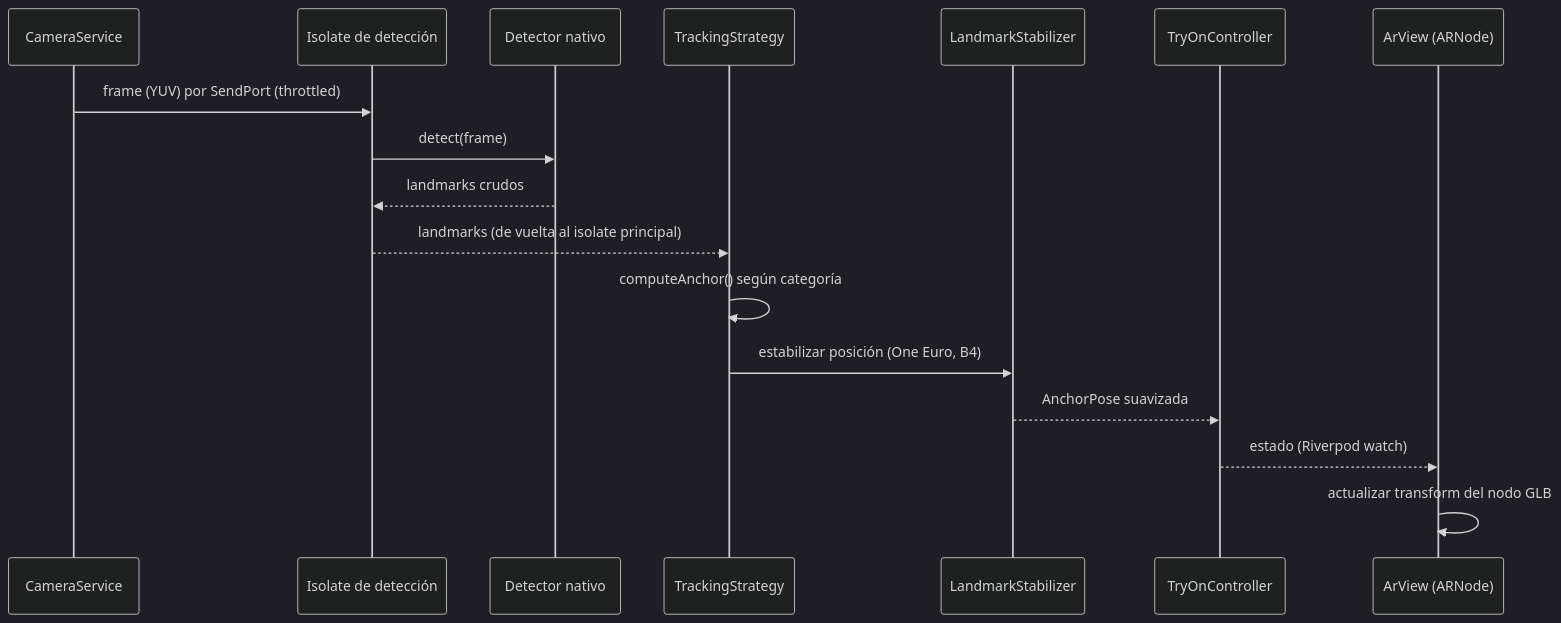
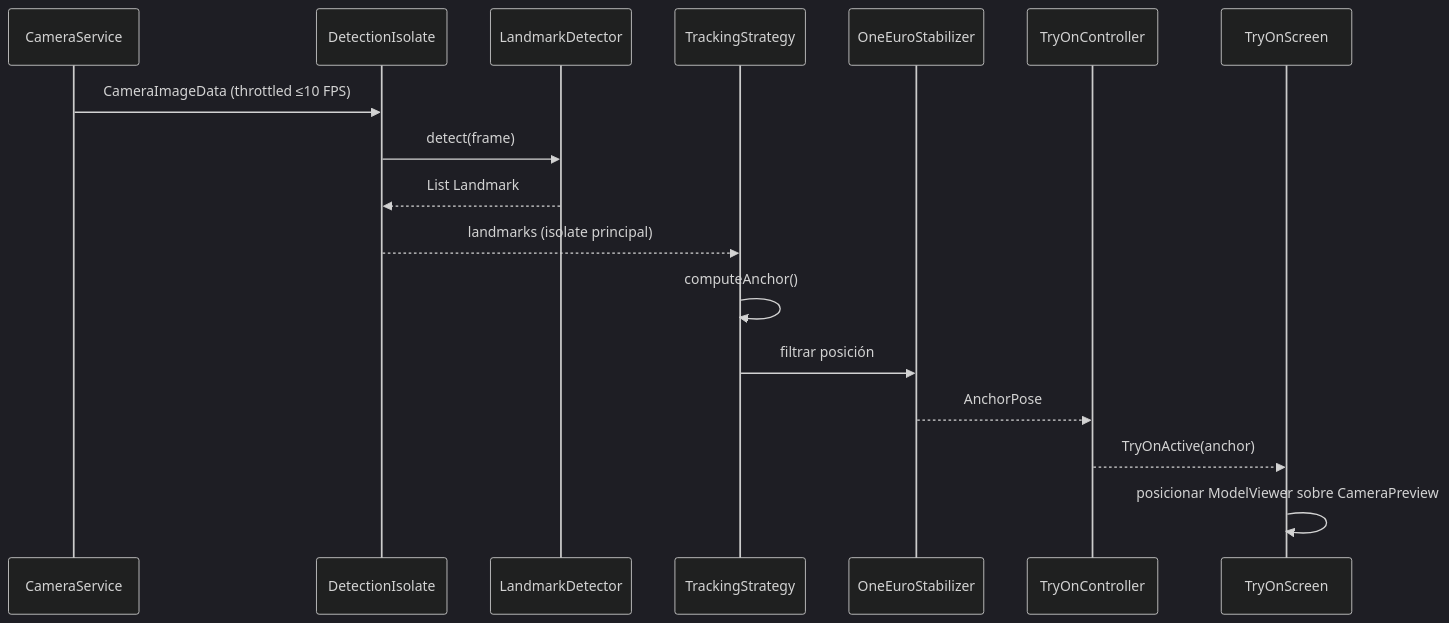
The second of 3 diagrams in docs/ARQUITECTURA.md (andreMD287/ProyectoGrado-Joyeria-AR), drawn with Mermaid (dark theme) before and after one commit. The commit also changed other lines of this file and 2 other files, not shown here.

````diff
--- a/docs/ARQUITECTURA.md
+++ b/docs/ARQUITECTURA.md
@@ -194,20 +179,20 @@
 ```mermaid
 sequenceDiagram
     participant Cam as CameraService
-    participant Iso as Isolate de detección
-    participant Det as Detector nativo
+    participant Iso as DetectionIsolate
+    participant Det as LandmarkDetector
     participant Str as TrackingStrategy
-    participant Fil as LandmarkStabilizer
+    participant Fil as OneEuroStabilizer
     participant Ctrl as TryOnController
-    participant AR as ArView (ARNode)
+    participant UI as TryOnScreen
 
-    Cam->>Iso: frame (YUV) por SendPort (throttled)
+    Cam->>Iso: CameraImageData (throttled ≤10 FPS)
     Iso->>Det: detect(frame)
-    Det-->>Iso: landmarks crudos
-    Iso-->>Str: landmarks (de vuelta al isolate principal)
-    Str->>Str: computeAnchor() según categoría
-    Str->>Fil: estabilizar posición (One Euro, B4)
-    Fil-->>Ctrl: AnchorPose suavizada
-    Ctrl-->>AR: estado (Riverpod watch)
-    AR->>AR: actualizar transform del nodo GLB
+    Det-->>Iso: List Landmark
+    Iso-->>Str: landmarks (isolate principal)
+    Str->>Str: computeAnchor()
+    Str->>Fil: filtrar posición
+    Fil-->>Ctrl: AnchorPose
+    Ctrl-->>UI: TryOnActive(anchor)
+    UI->>UI: posicionar ModelViewer sobre CameraPreview
 ```
````
